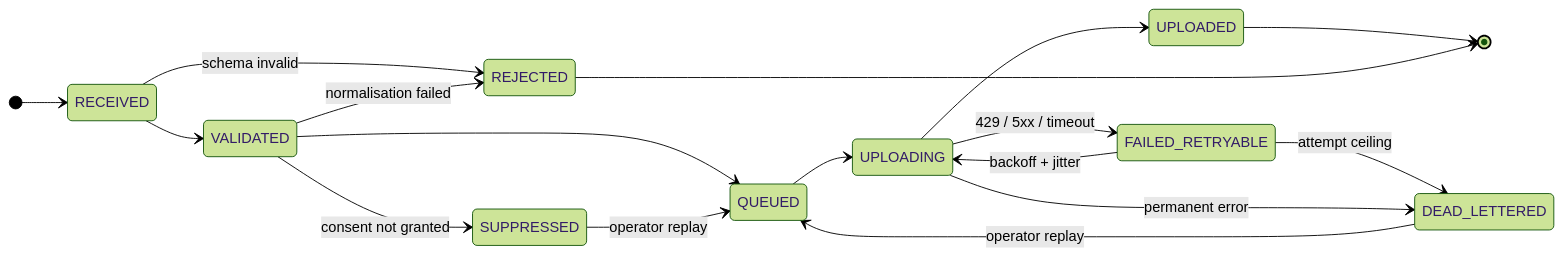
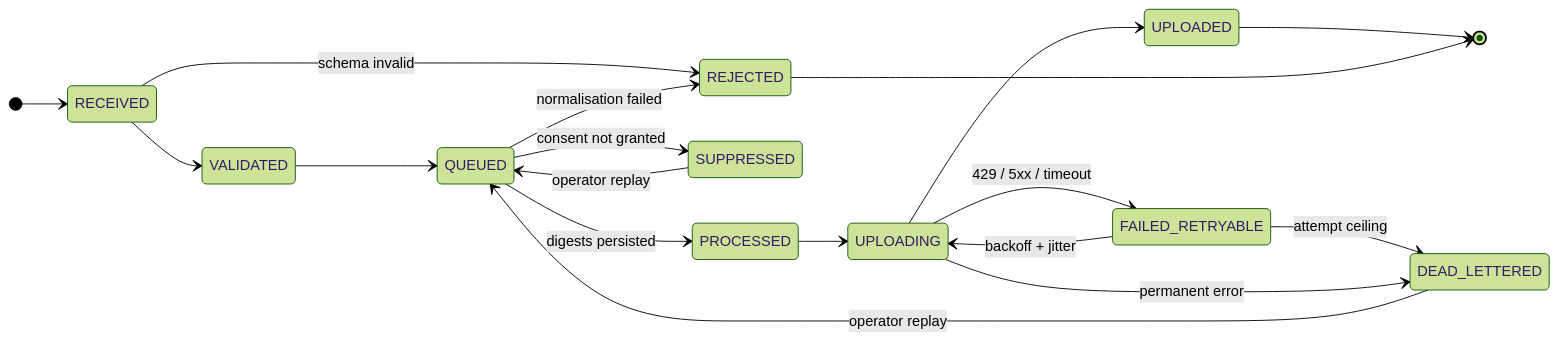
Before and after one commit to rajumohith50/conversion-gateway: the fourth of 4 diagrams in README.md, drawn with Mermaid (forest theme). The commit also changed other lines of this file and 32 other files, not shown here.

````diff
--- a/README.md
+++ b/README.md
@@ -97,20 +138,21 @@
 ```mermaid
 stateDiagram-v2
     direction LR
     [*] --> RECEIVED
     RECEIVED --> VALIDATED
     RECEIVED --> REJECTED: schema invalid
-    VALIDATED --> REJECTED: normalisation failed
-    VALIDATED --> SUPPRESSED: consent not granted
     VALIDATED --> QUEUED
-    QUEUED --> UPLOADING
+    QUEUED --> SUPPRESSED: consent not granted
+    QUEUED --> REJECTED: normalisation failed
+    QUEUED --> PROCESSED: digests persisted
+    PROCESSED --> UPLOADING
     UPLOADING --> UPLOADED
     UPLOADING --> FAILED_RETRYABLE: 429 / 5xx / timeout
     FAILED_RETRYABLE --> UPLOADING: backoff + jitter
     FAILED_RETRYABLE --> DEAD_LETTERED: attempt ceiling
     UPLOADING --> DEAD_LETTERED: permanent error
     SUPPRESSED --> QUEUED: operator replay
     DEAD_LETTERED --> QUEUED: operator replay
     UPLOADED --> [*]
     REJECTED --> [*]
 ```
````
